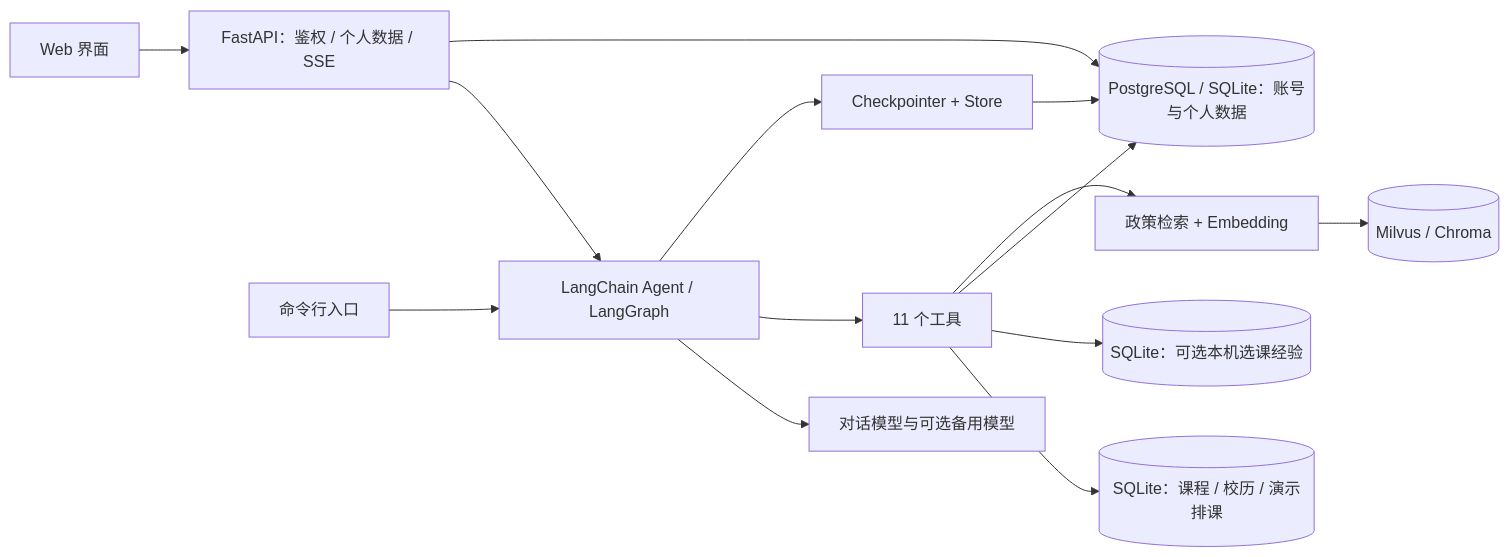
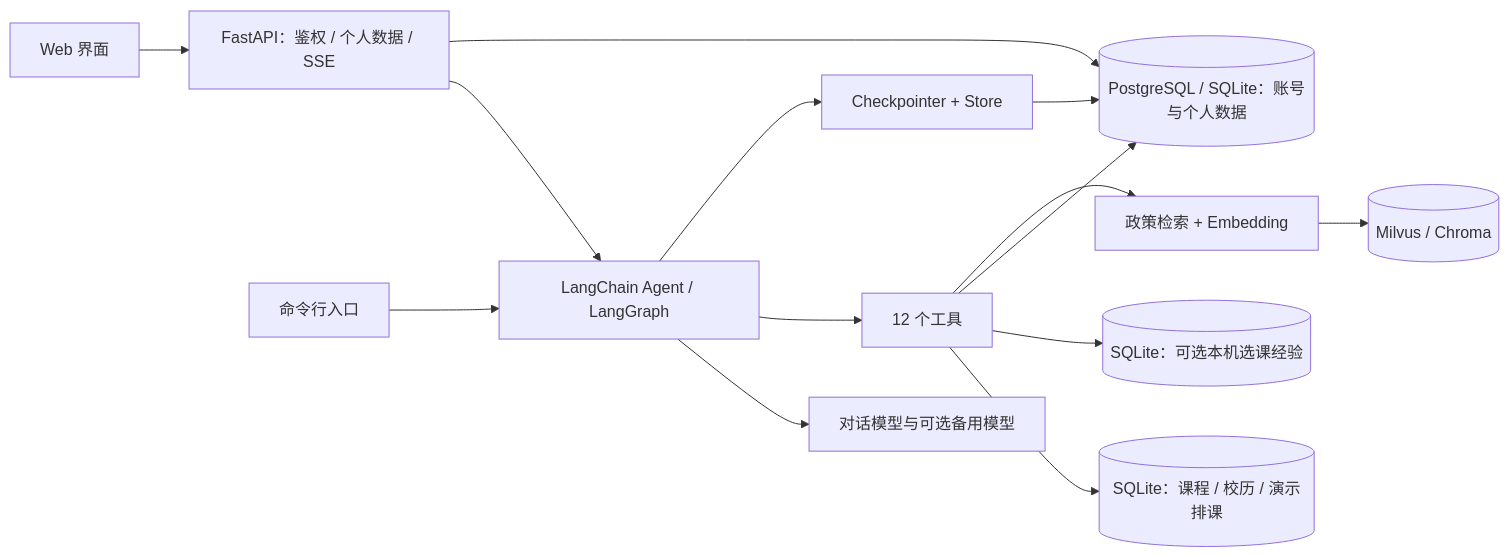
One commit to z2947428561-star/campus-copilot changed the diagram in README.md. Above: the diagram before and after it, drawn with Mermaid. The commit also changed other lines of this file and 26 other files, not shown here.

````diff
--- a/README.md
+++ b/README.md
@@ -33,16 +33,16 @@
 ```mermaid
 flowchart LR
     Browser[Web 界面] --> API[FastAPI：鉴权 / 个人数据 / SSE]
     CLI[命令行入口] --> Agent[LangChain Agent / LangGraph]
     API --> Agent
     API --> UserDB[(PostgreSQL / SQLite：账号与个人数据)]
     Agent --> LLM[对话模型与可选备用模型]
-    Agent --> Tools[11 个工具]
+    Agent --> Tools[12 个工具]
     Tools --> Catalog[(SQLite：课程 / 校历 / 演示排课)]
     Tools --> Feedback[(SQLite：可选本机选课经验)]
     Tools --> UserDB
     Tools --> RAG[政策检索 + Embedding]
     RAG --> Vector[(Milvus / Chroma)]
     Agent --> Memory[Checkpointer + Store]
     Memory --> UserDB
 ```
````
